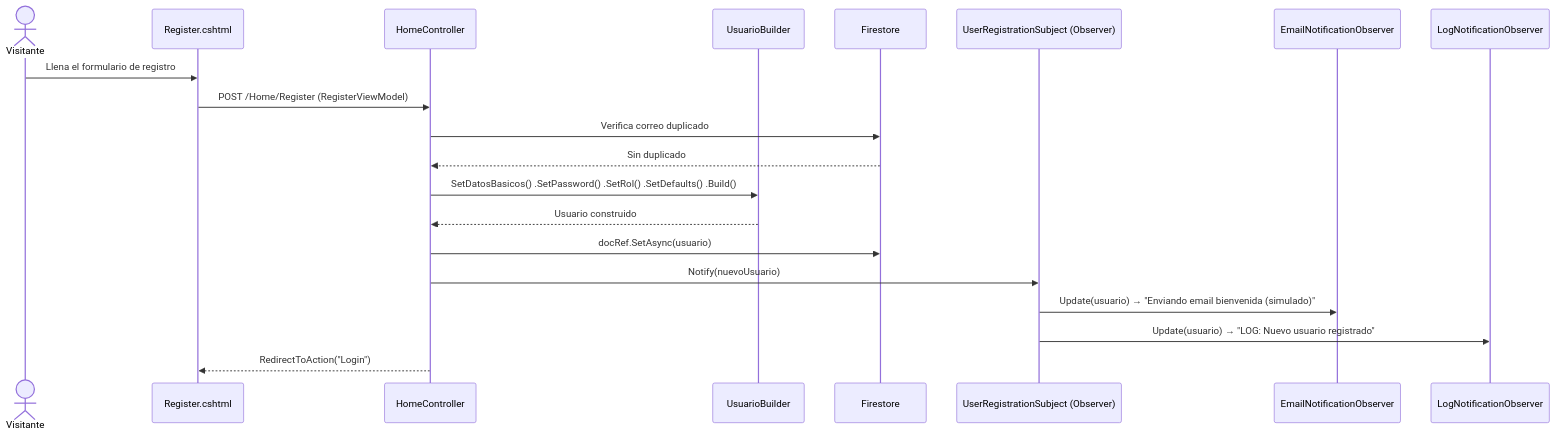
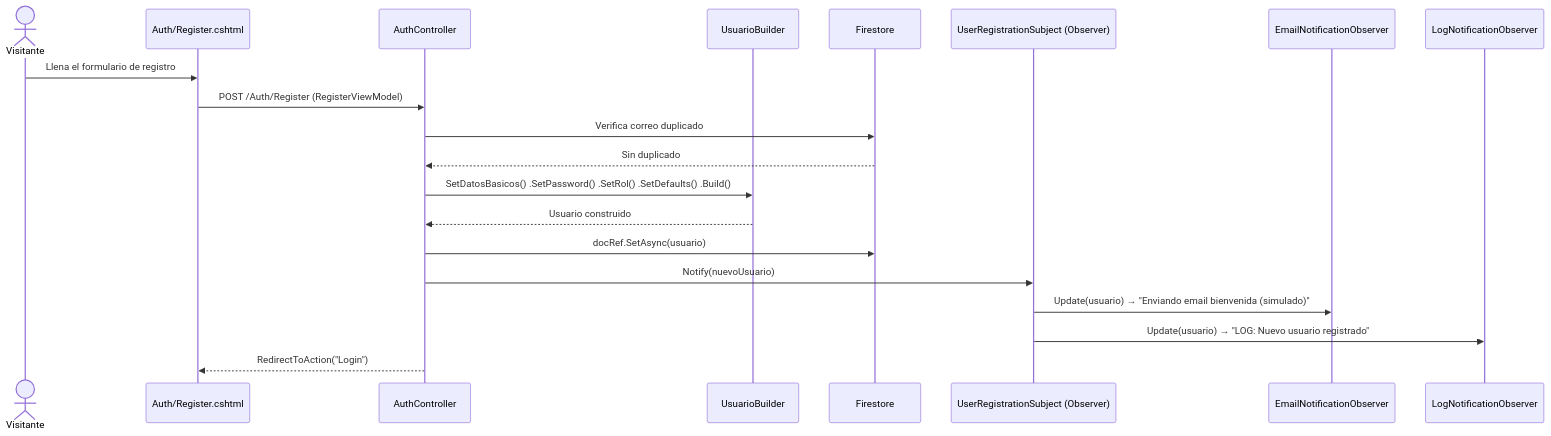
The ninth of 10 diagrams in Dfit/analisis_dfit.md (Frankyoel/DFIT_Enigma), drawn with Mermaid before and after one commit. The commit also changed other lines of this file and 12 other files, not shown here.

````diff
--- a/Dfit/analisis_dfit.md
+++ b/Dfit/analisis_dfit.md
@@ -426,23 +765,23 @@
 ```mermaid
 sequenceDiagram
     actor Visitante
-    participant View as Register.cshtml
-    participant Controller as HomeController
+    participant View as Auth/Register.cshtml
+    participant Controller as AuthController
     participant Builder as UsuarioBuilder
     participant Firestore
     participant Subject as UserRegistrationSubject (Observer)
     participant EmailObs as EmailNotificationObserver
     participant LogObs as LogNotificationObserver
 
     Visitante->>View: Llena el formulario de registro
-    View->>Controller: POST /Home/Register (RegisterViewModel)
+    View->>Controller: POST /Auth/Register (RegisterViewModel)
     Controller->>Firestore: Verifica correo duplicado
     Firestore-->>Controller: Sin duplicado
     Controller->>Builder: SetDatosBasicos() .SetPassword() .SetRol() .SetDefaults() .Build()
     Builder-->>Controller: Usuario construido
     Controller->>Firestore: docRef.SetAsync(usuario)
     Controller->>Subject: Notify(nuevoUsuario)
     Subject->>EmailObs: Update(usuario) → "Enviando email bienvenida (simulado)"
     Subject->>LogObs: Update(usuario) → "LOG: Nuevo usuario registrado"
     Controller-->>View: RedirectToAction("Login")
 ```
````
